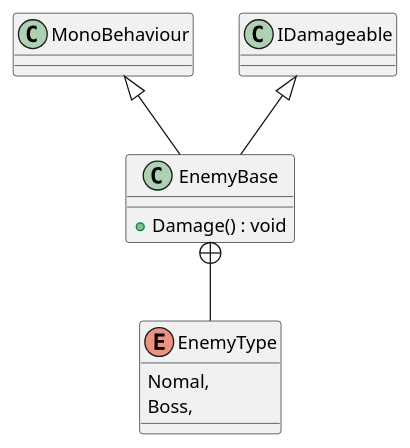
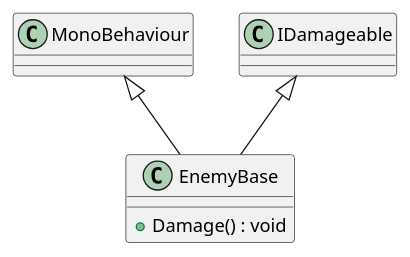
One commit to CrescentMoon8/MagicBarrage changed the diagram in plantuml/Enemy/EnemyBase.puml. Above: the diagram before and after it, drawn with PlantUML. The commit also changed 31 other files, not shown here.

```diff
--- a/plantuml/Enemy/EnemyBase.puml
+++ b/plantuml/Enemy/EnemyBase.puml
@@ -1,12 +1,7 @@
 @startuml
 class EnemyBase {
     + Damage() : void
 }
-enum EnemyType {
-    Nomal,
-    Boss,
-}
 MonoBehaviour <|-- EnemyBase
 IDamageable <|-- EnemyBase
-EnemyBase +-- EnemyType
 @enduml
```
